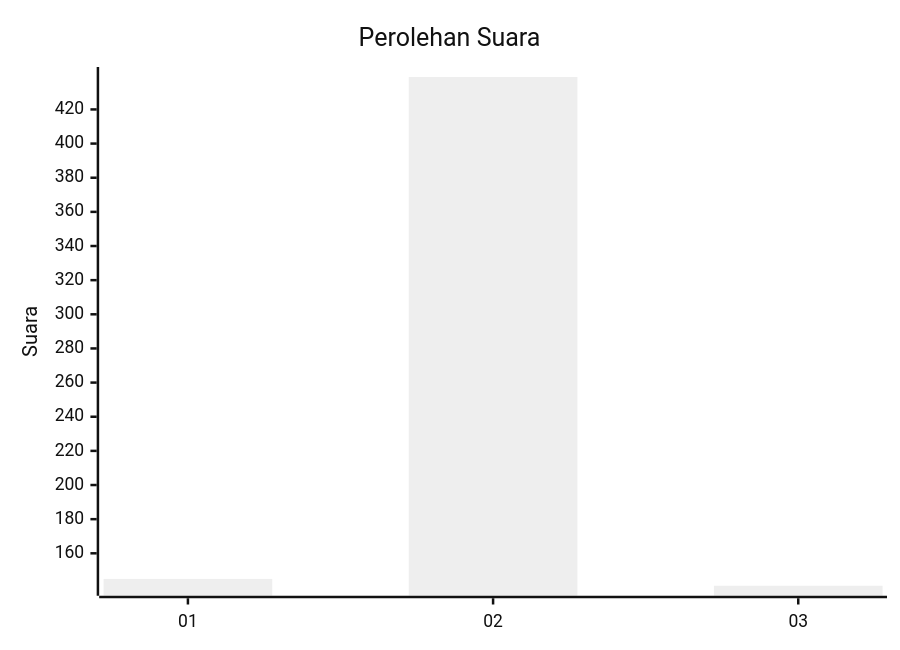
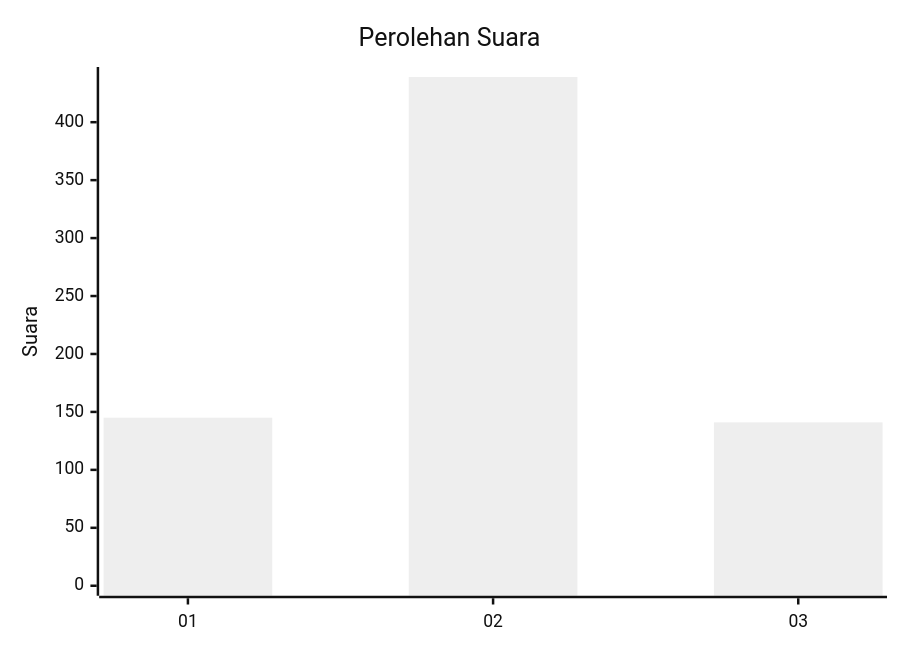
The first of 2 diagrams in pilpres/hitung-suara/sub/table-wilayah-95.md (gigit-pemilu/pemilu-2024), drawn with Mermaid (neutral theme) before and after one commit. The commit also changed 42 other files, not shown here.

````diff
--- a/pilpres/hitung-suara/sub/table-wilayah-95.md
+++ b/pilpres/hitung-suara/sub/table-wilayah-95.md
@@ -7,7 +7,7 @@
 ```mermaid
 xychart-beta
     title "Perolehan Suara"
     x-axis [01, 02, 03]
-    y-axis "Suara"
+    y-axis "Suara" 0 --> 439
     bar [145, 439, 141]
 ```
````
